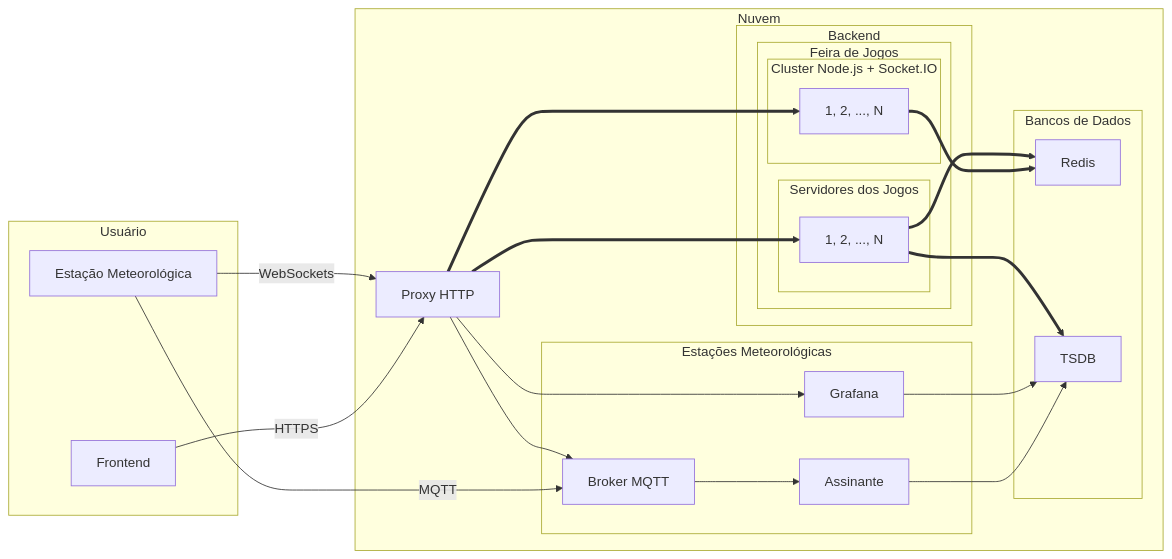
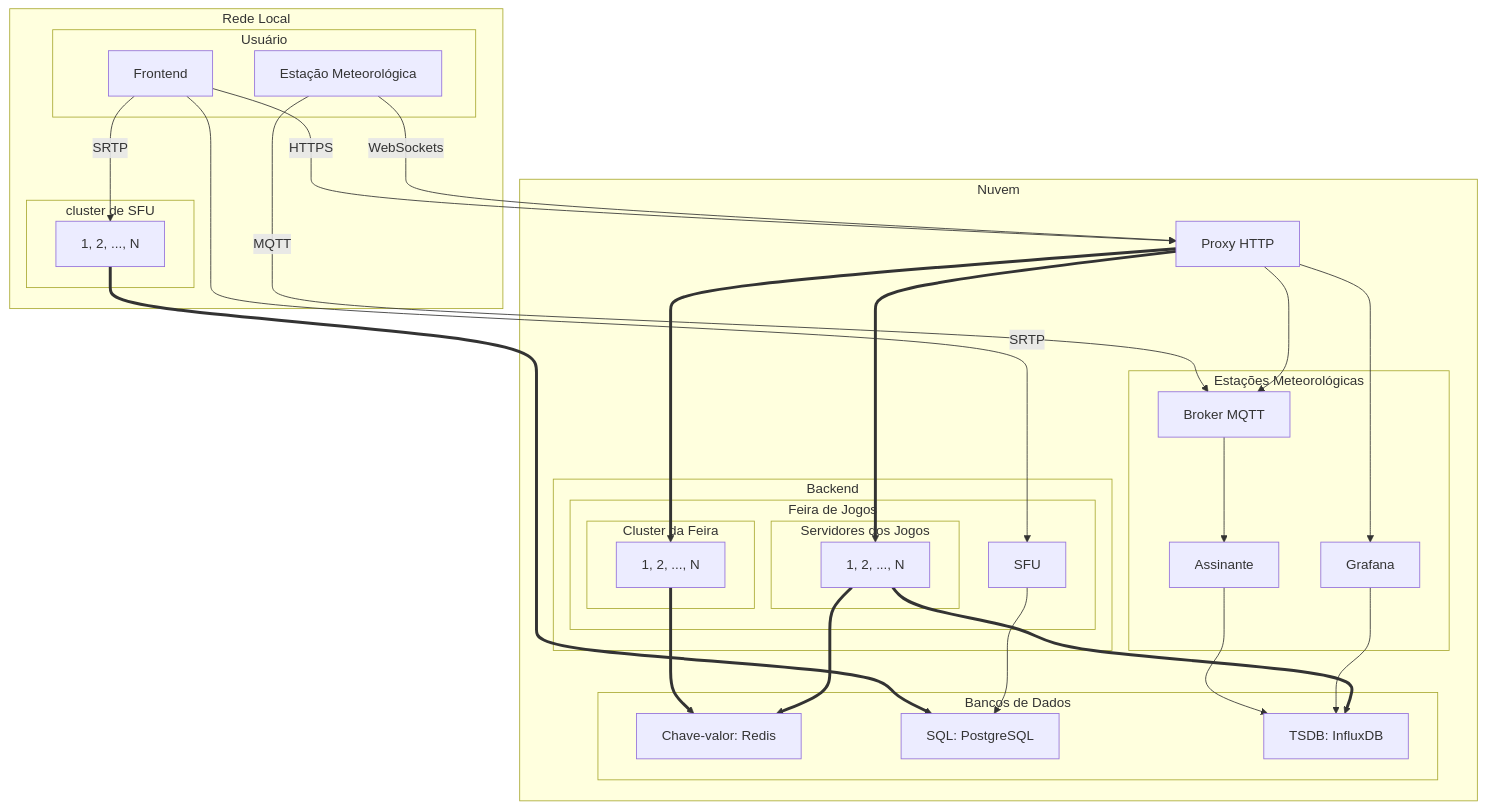
The first of 2 diagrams in docs/v3/README.md (feira-de-jogos/feira-de-jogos), drawn with Mermaid before and after one commit. The commit also changed 5 other files, not shown here.

````diff
--- a/docs/v3/README.md
+++ b/docs/v3/README.md
@@ -42,54 +42,68 @@
 ```mermaid
-flowchart LR
+flowchart TD
 
-subgraph Usuário
-  A[Frontend]
-  B[Estação Meteorológica]
+subgraph Rede Local
+  subgraph Usuário
+    A[Frontend]
+    B[Estação Meteorológica]
+  end
+
+  subgraph cluster de SFU
+    K[1, 2, ..., N]
+  end
 end
 
 subgraph Nuvem
   C[Proxy HTTP]
 
   subgraph Estações Meteorológicas
     D[Broker MQTT]
     F[Assinante]
     J[Grafana]
   end
 
   subgraph Backend
     subgraph Feira de Jogos
-      subgraph Cluster Node.js + Socket.IO
+      subgraph Cluster da Feira
         G[1, 2, ..., N]
       end
 
       subgraph Servidores dos Jogos
         I[1, 2, ..., N]
       end
+
+      M[SFU]
     end
   end
 
   subgraph Bancos de Dados
-    H[Redis]
-    E[TSDB]
+    H[Chave-valor: Redis]
+    L[SQL: PostgreSQL]
+    E[TSDB: InfluxDB]
   end
 end
 
 A --> |HTTPS| C
 B --> |WebSockets| C
 B --> |MQTT| D
 
 C --> D
 D --> F
 F --> E
 
 C ==> G
 G ==> H
 
 C ==> I
 I ==> H
 
 C --> J
 J --> E
 
 I ==> E
+
+A --> |SRTP| K
+A --> |SRTP| M
+K ==> L
+M --> L
 ```
````
